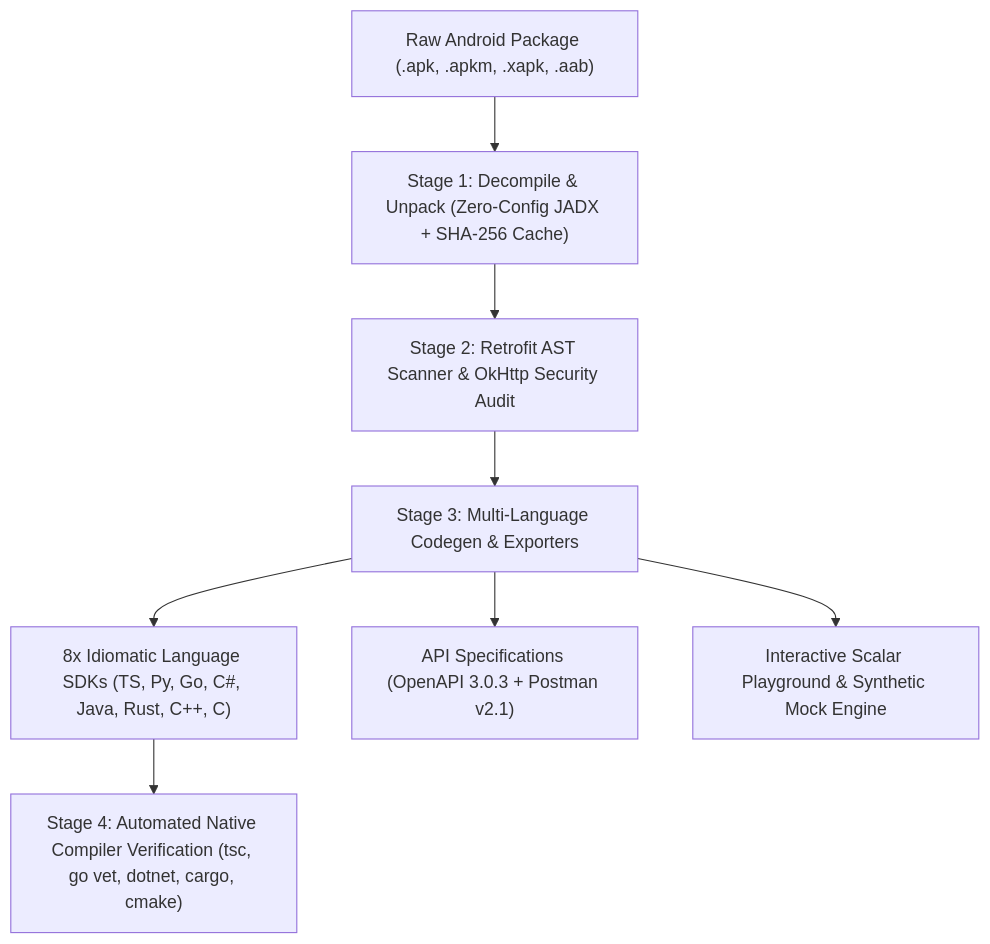
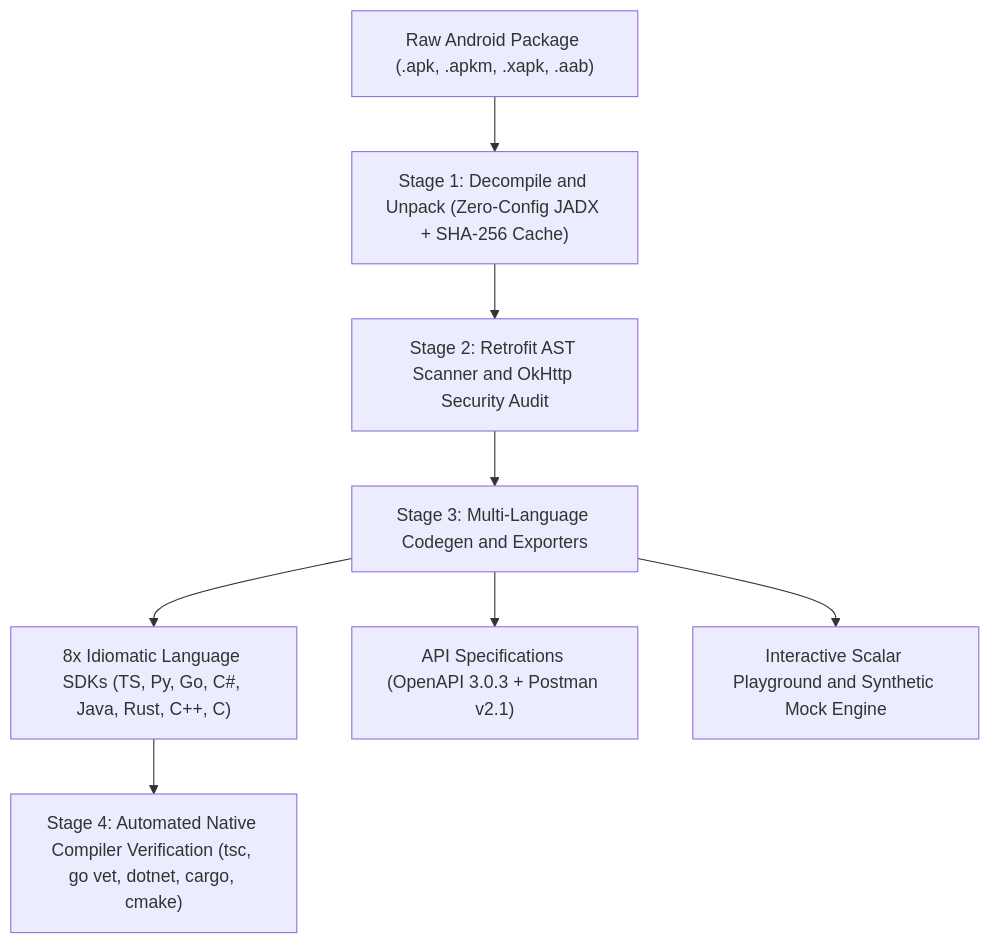
The diagram in README.md (chahakshahcs5/retrofit-sdk-gen), drawn with Mermaid before and after one commit. The commit also changed 13 other files, not shown here.

Commit message:
fix(docs): quote Mermaid edge labels and sanitize syntax for GitHub renderer

````diff
--- a/README.md
+++ b/README.md
@@ -37,10 +37,10 @@
 ```mermaid
 flowchart TD
-    A["Raw Android Package (.apk, .apkm, .xapk, .aab)"] --> B["Stage 1: Decompile & Unpack (Zero-Config JADX + SHA-256 Cache)"]
-    B --> C["Stage 2: Retrofit AST Scanner & OkHttp Security Audit"]
-    C --> D["Stage 3: Multi-Language Codegen & Exporters"]
+    A["Raw Android Package (.apk, .apkm, .xapk, .aab)"] --> B["Stage 1: Decompile and Unpack (Zero-Config JADX + SHA-256 Cache)"]
+    B --> C["Stage 2: Retrofit AST Scanner and OkHttp Security Audit"]
+    C --> D["Stage 3: Multi-Language Codegen and Exporters"]
     D --> E1["8x Idiomatic Language SDKs (TS, Py, Go, C#, Java, Rust, C++, C)"]
     D --> E2["API Specifications (OpenAPI 3.0.3 + Postman v2.1)"]
-    D --> E3["Interactive Scalar Playground & Synthetic Mock Engine"]
+    D --> E3["Interactive Scalar Playground and Synthetic Mock Engine"]
     E1 --> F["Stage 4: Automated Native Compiler Verification (tsc, go vet, dotnet, cargo, cmake)"]
 ```
````
